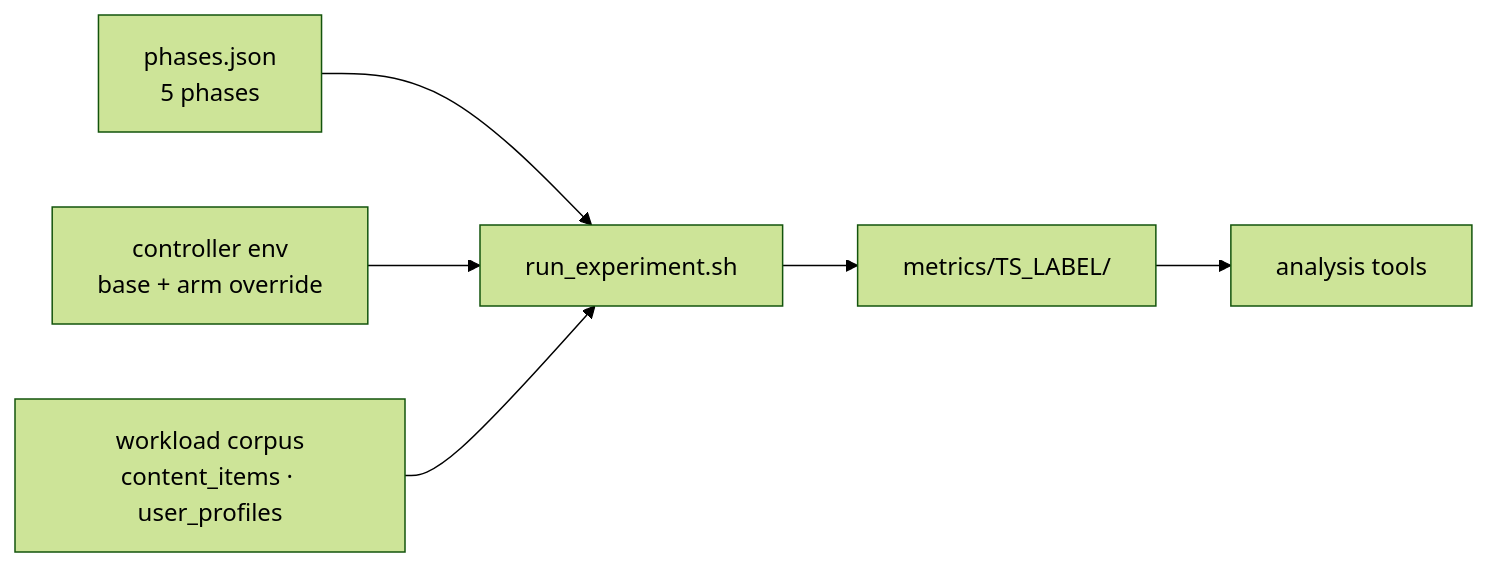
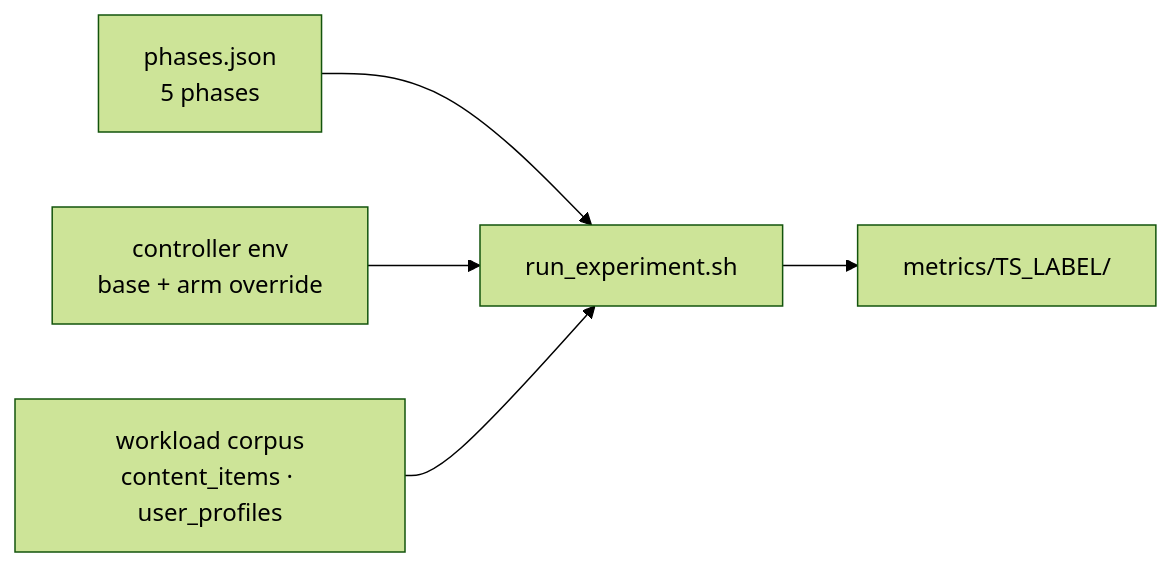
Before and after one commit to poioe20p/edge_service_platform: the diagram in docs/running-experiments.md, drawn with Mermaid (forest theme). The commit also changed other lines of this file and 266 other files, not shown here.

````diff
--- a/docs/running-experiments.md
+++ b/docs/running-experiments.md
@@ -8,8 +8,7 @@
 ```mermaid
 graph LR
     P["phases.json<br/>5 phases"] --> R["run_experiment.sh"]
     E["controller env<br/>base + arm override"] --> R
     W["workload corpus<br/>content_items · user_profiles"] --> R
     R --> F["metrics/TS_LABEL/"]
-    F --> A["analysis tools"]
 ```
````
